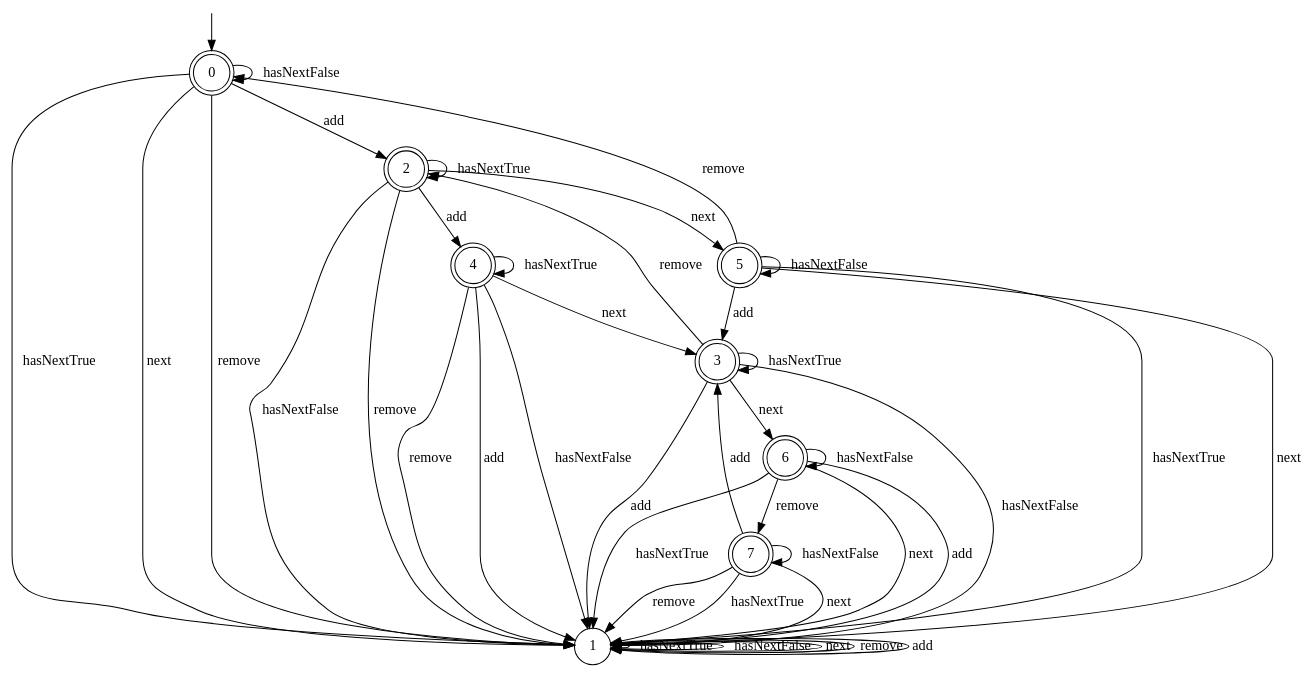
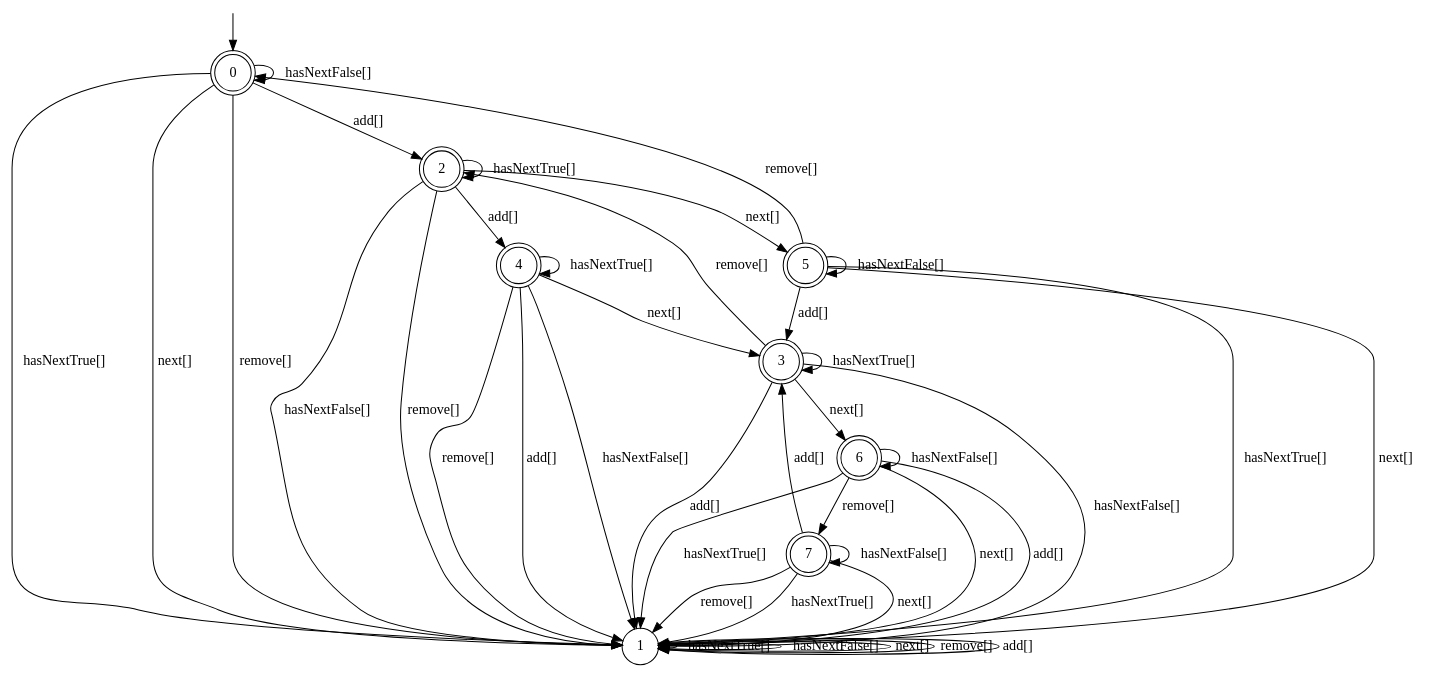
Before and after one commit to rasofema/fyp-specification-miner: the diagram in exception.dot, drawn with Graphviz. The commit also changed 9 other files, not shown here.

```diff
--- a/exception.dot
+++ b/exception.dot
@@ -1,55 +1,55 @@
 digraph g {
 
 	s0 [shape="doublecircle" label="0"];
 	s1 [shape="circle" label="1"];
 	s2 [shape="doublecircle" label="2"];
 	s3 [shape="doublecircle" label="3"];
 	s4 [shape="doublecircle" label="4"];
 	s5 [shape="doublecircle" label="5"];
 	s6 [shape="doublecircle" label="6"];
 	s7 [shape="doublecircle" label="7"];
-	s0 -> s1 [label="hasNextTrue"];
-	s0 -> s0 [label="hasNextFalse"];
-	s0 -> s1 [label="next"];
-	s0 -> s1 [label="remove"];
-	s0 -> s2 [label="add"];
-	s1 -> s1 [label="hasNextTrue"];
-	s1 -> s1 [label="hasNextFalse"];
-	s1 -> s1 [label="next"];
-	s1 -> s1 [label="remove"];
-	s1 -> s1 [label="add"];
-	s2 -> s2 [label="hasNextTrue"];
-	s2 -> s1 [label="hasNextFalse"];
-	s2 -> s5 [label="next"];
-	s2 -> s1 [label="remove"];
-	s2 -> s4 [label="add"];
-	s3 -> s3 [label="hasNextTrue"];
-	s3 -> s1 [label="hasNextFalse"];
-	s3 -> s6 [label="next"];
-	s3 -> s2 [label="remove"];
-	s3 -> s1 [label="add"];
-	s4 -> s4 [label="hasNextTrue"];
-	s4 -> s1 [label="hasNextFalse"];
-	s4 -> s3 [label="next"];
-	s4 -> s1 [label="remove"];
-	s4 -> s1 [label="add"];
-	s5 -> s1 [label="hasNextTrue"];
-	s5 -> s5 [label="hasNextFalse"];
-	s5 -> s1 [label="next"];
-	s5 -> s0 [label="remove"];
-	s5 -> s3 [label="add"];
-	s6 -> s1 [label="hasNextTrue"];
-	s6 -> s6 [label="hasNextFalse"];
-	s6 -> s1 [label="next"];
-	s6 -> s7 [label="remove"];
-	s6 -> s1 [label="add"];
-	s7 -> s1 [label="hasNextTrue"];
-	s7 -> s7 [label="hasNextFalse"];
-	s7 -> s1 [label="next"];
-	s7 -> s1 [label="remove"];
-	s7 -> s3 [label="add"];
+	s0 -> s1 [label="hasNextTrue[]"];
+	s0 -> s0 [label="hasNextFalse[]"];
+	s0 -> s1 [label="next[]"];
+	s0 -> s1 [label="remove[]"];
+	s0 -> s2 [label="add[]"];
+	s1 -> s1 [label="hasNextTrue[]"];
+	s1 -> s1 [label="hasNextFalse[]"];
+	s1 -> s1 [label="next[]"];
+	s1 -> s1 [label="remove[]"];
+	s1 -> s1 [label="add[]"];
+	s2 -> s2 [label="hasNextTrue[]"];
+	s2 -> s1 [label="hasNextFalse[]"];
+	s2 -> s5 [label="next[]"];
+	s2 -> s1 [label="remove[]"];
+	s2 -> s4 [label="add[]"];
+	s3 -> s3 [label="hasNextTrue[]"];
+	s3 -> s1 [label="hasNextFalse[]"];
+	s3 -> s6 [label="next[]"];
+	s3 -> s2 [label="remove[]"];
+	s3 -> s1 [label="add[]"];
+	s4 -> s4 [label="hasNextTrue[]"];
+	s4 -> s1 [label="hasNextFalse[]"];
+	s4 -> s3 [label="next[]"];
+	s4 -> s1 [label="remove[]"];
+	s4 -> s1 [label="add[]"];
+	s5 -> s1 [label="hasNextTrue[]"];
+	s5 -> s5 [label="hasNextFalse[]"];
+	s5 -> s1 [label="next[]"];
+	s5 -> s0 [label="remove[]"];
+	s5 -> s3 [label="add[]"];
+	s6 -> s1 [label="hasNextTrue[]"];
+	s6 -> s6 [label="hasNextFalse[]"];
+	s6 -> s1 [label="next[]"];
+	s6 -> s7 [label="remove[]"];
+	s6 -> s1 [label="add[]"];
+	s7 -> s1 [label="hasNextTrue[]"];
+	s7 -> s7 [label="hasNextFalse[]"];
+	s7 -> s1 [label="next[]"];
+	s7 -> s1 [label="remove[]"];
+	s7 -> s3 [label="add[]"];
 
 __start0 [label="" shape="none" width="0" height="0"];
 __start0 -> s0;
 
 }
```
